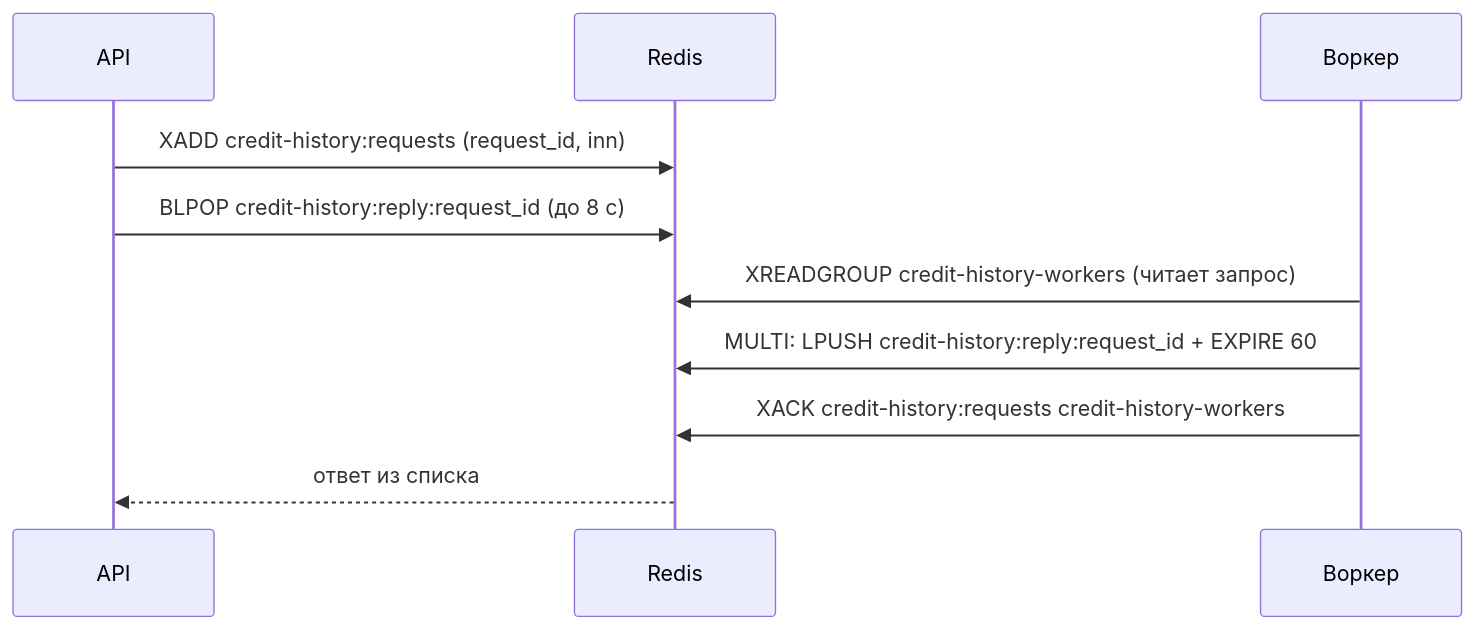
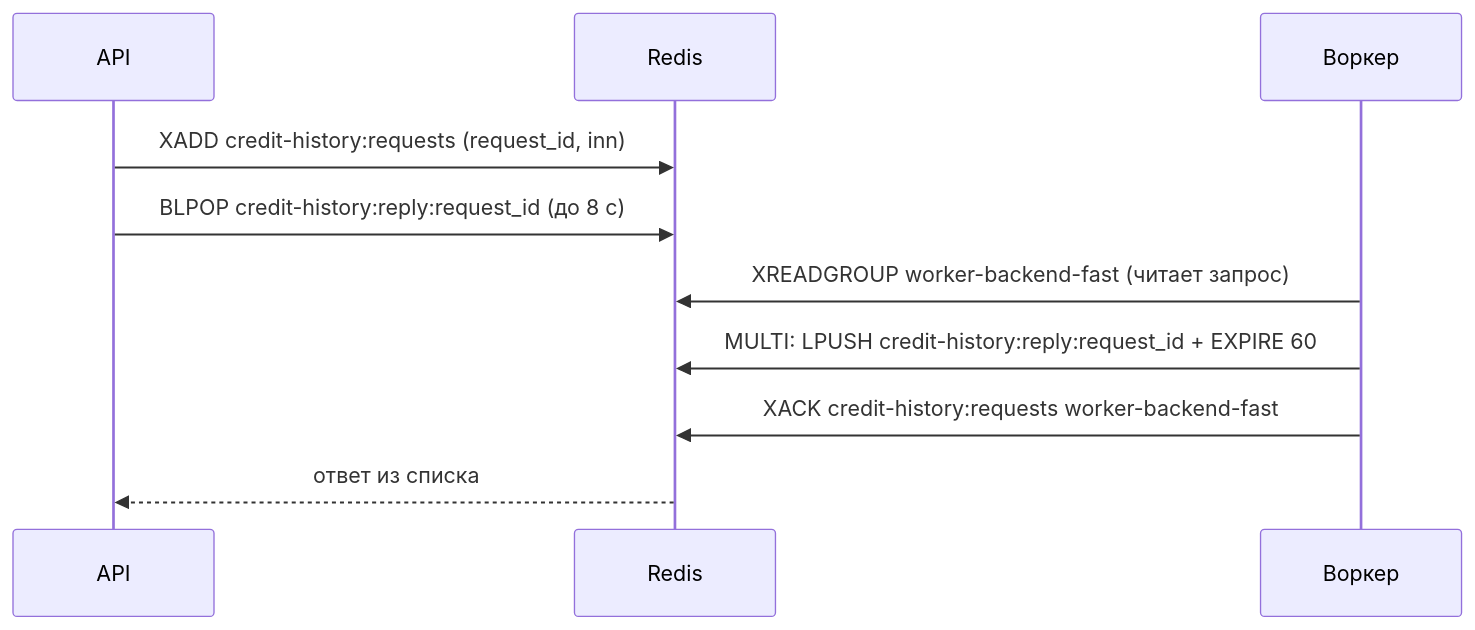
The diagram in docs/worker-protocol.md (rudast/alpha-hack-2026), drawn with Mermaid before and after one commit. The commit also changed other lines of this file and 10 other files, not shown here.

````diff
--- a/docs/worker-protocol.md
+++ b/docs/worker-protocol.md
@@ -11,13 +13,13 @@
 ```mermaid
 sequenceDiagram
     participant A as API
     participant R as Redis
     participant W as Воркер
 
     A->>R: XADD credit-history:requests (request_id, inn)
     A->>R: BLPOP credit-history:reply:request_id (до 8 с)
-    W->>R: XREADGROUP credit-history-workers (читает запрос)
+    W->>R: XREADGROUP worker-backend-fast (читает запрос)
     W->>R: MULTI: LPUSH credit-history:reply:request_id + EXPIRE 60
-    W->>R: XACK credit-history:requests credit-history-workers
+    W->>R: XACK credit-history:requests worker-backend-fast
     R-->>A: ответ из списка
 ```
````
